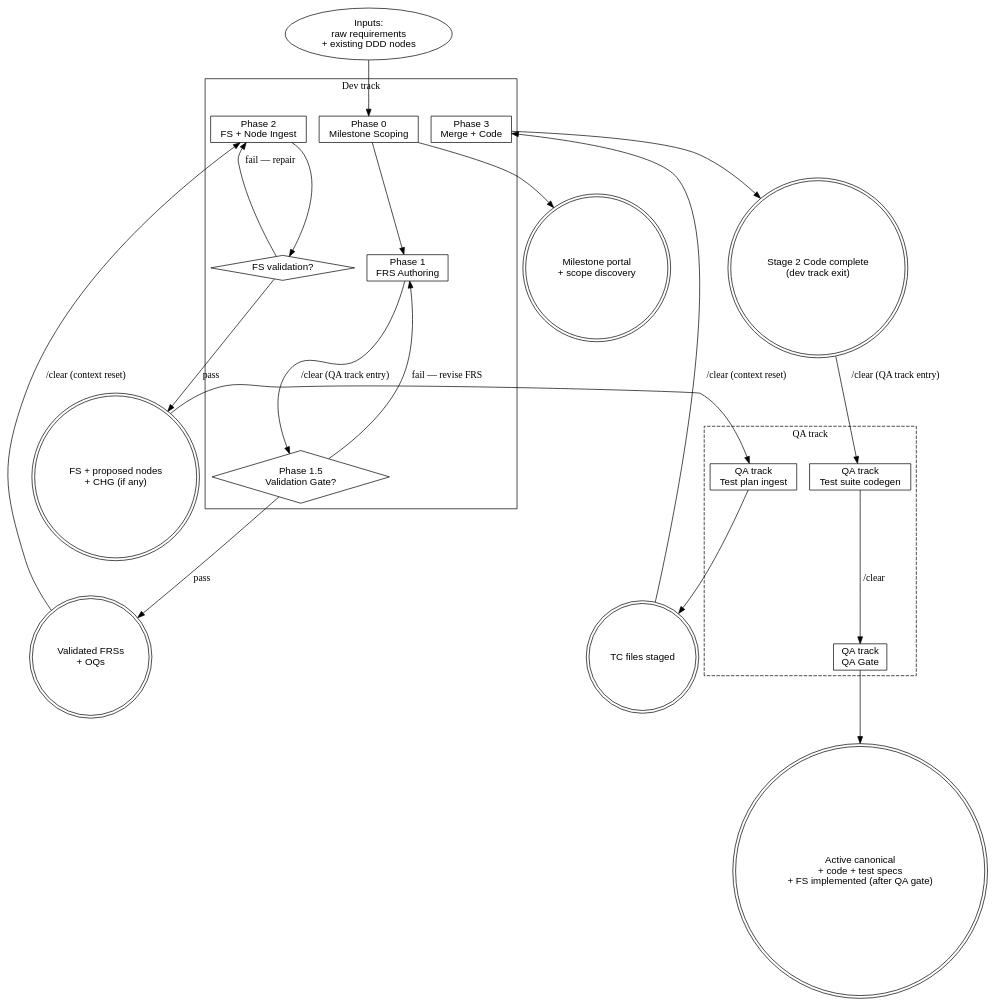
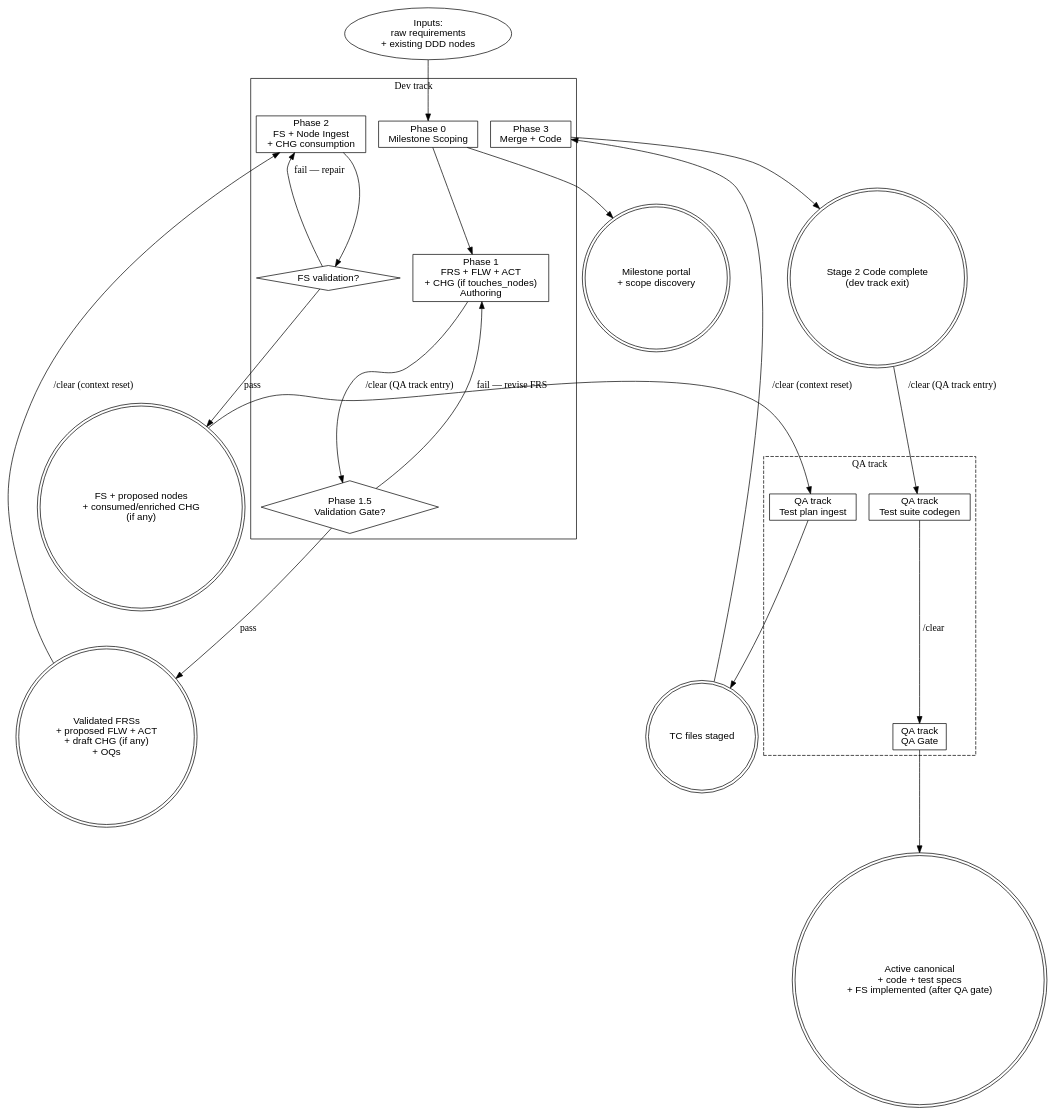
One commit to thapaliyabikendra/agentic-dev-workspace changed the diagram in sdlc/WORKFLOW.md. Above: the diagram before and after it, drawn with Graphviz. The commit also changed other lines of this file and 37 other files, not shown here.

````diff
--- a/sdlc/WORKFLOW.md
+++ b/sdlc/WORKFLOW.md
@@ -117,51 +130,51 @@
 ```dot
 digraph workflow_phases {
     rankdir=TB;
     node [fontname="Helvetica"];
 
     inputs    [shape=oval,  label="Inputs:\nraw requirements\n+ existing DDD nodes"];
 
     subgraph cluster_dev {
         label="Dev track";
         phase0    [shape=box,   label="Phase 0\nMilestone Scoping"];
-        phase1    [shape=box,   label="Phase 1\nFRS Authoring"];
+        phase1    [shape=box,   label="Phase 1\nFRS + FLW + ACT\n+ CHG (if touches_nodes)\nAuthoring"];
         gate15    [shape=diamond, label="Phase 1.5\nValidation Gate?"];
-        phase2    [shape=box,   label="Phase 2\nFS + Node Ingest"];
+        phase2    [shape=box,   label="Phase 2\nFS + Node Ingest\n+ CHG consumption"];
         fsval     [shape=diamond, label="FS validation?"];
         phase3a   [shape=box,   label="Phase 3\nMerge + Code"];
     }
 
     subgraph cluster_qa {
         label="QA track";
         style=dashed;
         phase2tp  [shape=box,   label="QA track\nTest plan ingest"];
         phase3b   [shape=box,   label="QA track\nTest suite codegen"];
         phase3c   [shape=box,   label="QA track\nQA Gate"];
     }
 
     out_ms        [shape=doublecircle, label="Milestone portal\n+ scope discovery"];
-    out_frs       [shape=doublecircle, label="Validated FRSs\n+ OQs"];
-    out_fs        [shape=doublecircle, label="FS + proposed nodes\n+ CHG (if any)"];
+    out_frs       [shape=doublecircle, label="Validated FRSs\n+ proposed FLW + ACT\n+ draft CHG (if any)\n+ OQs"];
+    out_fs        [shape=doublecircle, label="FS + proposed nodes\n+ consumed/enriched CHG\n(if any)"];
     out_tc        [shape=doublecircle, label="TC files staged"];
     out_impl_code [shape=doublecircle, label="Stage 2 Code complete\n(dev track exit)"];
     out_impl      [shape=doublecircle, label="Active canonical\n+ code + test specs\n+ FS implemented (after QA gate)"];
 
     inputs -> phase0;
     phase0 -> out_ms;
     phase0 -> phase1;
     phase1 -> gate15;
     gate15 -> phase1   [label="fail — revise FRS"];
     gate15 -> out_frs  [label="pass"];
     out_frs -> phase2  [label="/clear (context reset)"];
     phase2 -> fsval;
     fsval -> phase2    [label="fail — repair"];
     fsval -> out_fs    [label="pass"];
     out_fs -> phase2tp [label="/clear (QA track entry)"];
     phase2tp -> out_tc;
     out_tc -> phase3a  [label="/clear (context reset)"];
     phase3a -> out_impl_code;
     out_impl_code -> phase3b [label="/clear (QA track entry)"];
     phase3b -> phase3c [label="/clear"];
     phase3c -> out_impl;
 }
 ```
````
